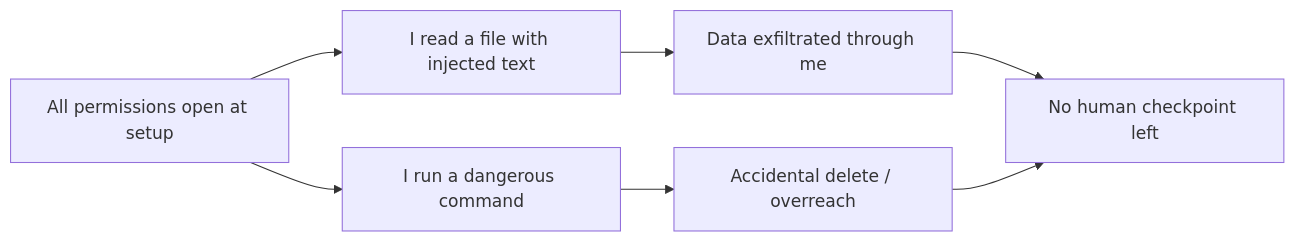
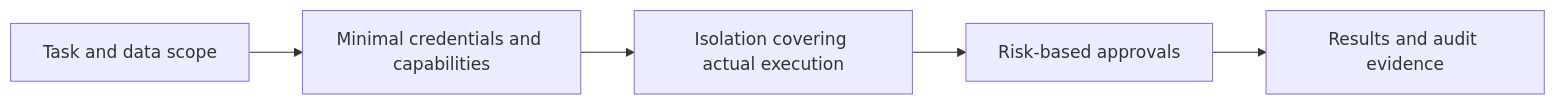
The diagram in i18n/en/docusaurus-plugin-content-docs/current/00-setup-collaboration/over-permissioning.mdx (XuebinMa/AIWiki), drawn with Mermaid before and after one commit. The commit also changed other lines of this file and 325 other files, not shown here.

````diff
--- a/i18n/en/docusaurus-plugin-content-docs/current/00-setup-collaboration/over-permissioning.mdx
+++ b/i18n/en/docusaurus-plugin-content-docs/current/00-setup-collaboration/over-permissioning.mdx
@@ -46,9 +40,7 @@
 ```mermaid
 flowchart LR
-    A[All permissions open at setup] --> B[I read a file with injected text]
-    A --> C[I run a dangerous command]
-    B --> D[Data exfiltrated through me]
-    C --> E[Accidental delete / overreach]
-    D --> F[No human checkpoint left]
-    E --> F
+    A[Task and data scope] --> B[Minimal credentials and capabilities]
+    B --> C[Isolation covering actual execution]
+    C --> D[Risk-based approvals]
+    D --> E[Results and audit evidence]
 ```
````
